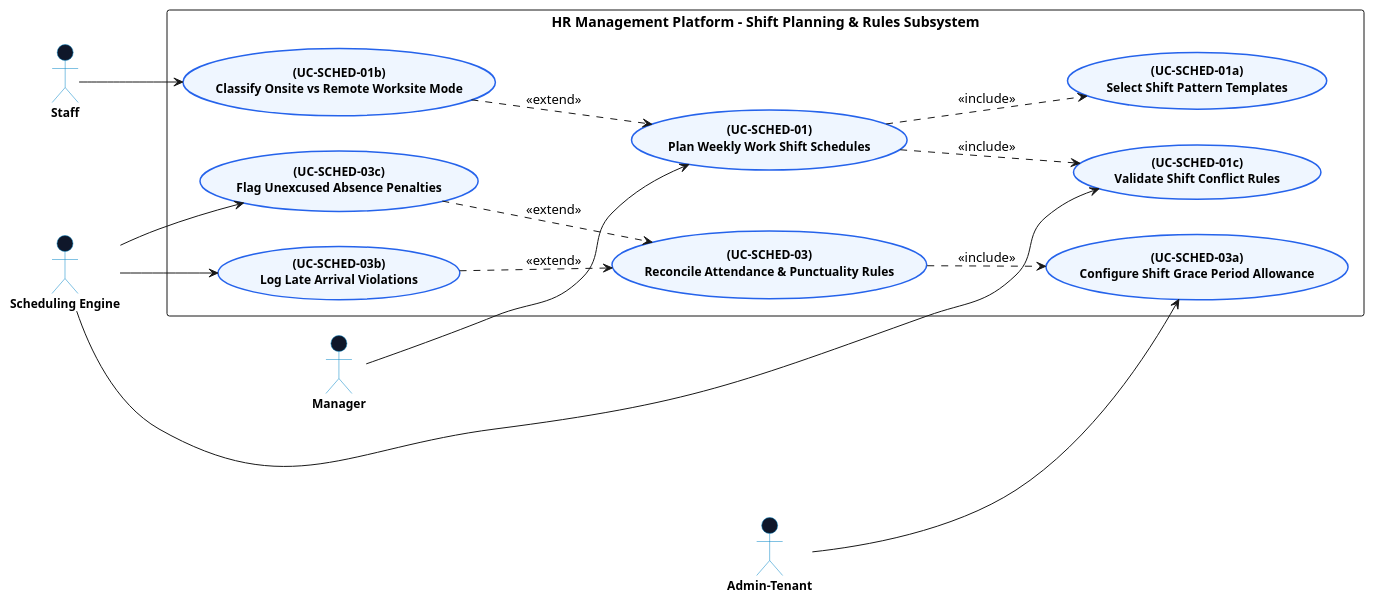
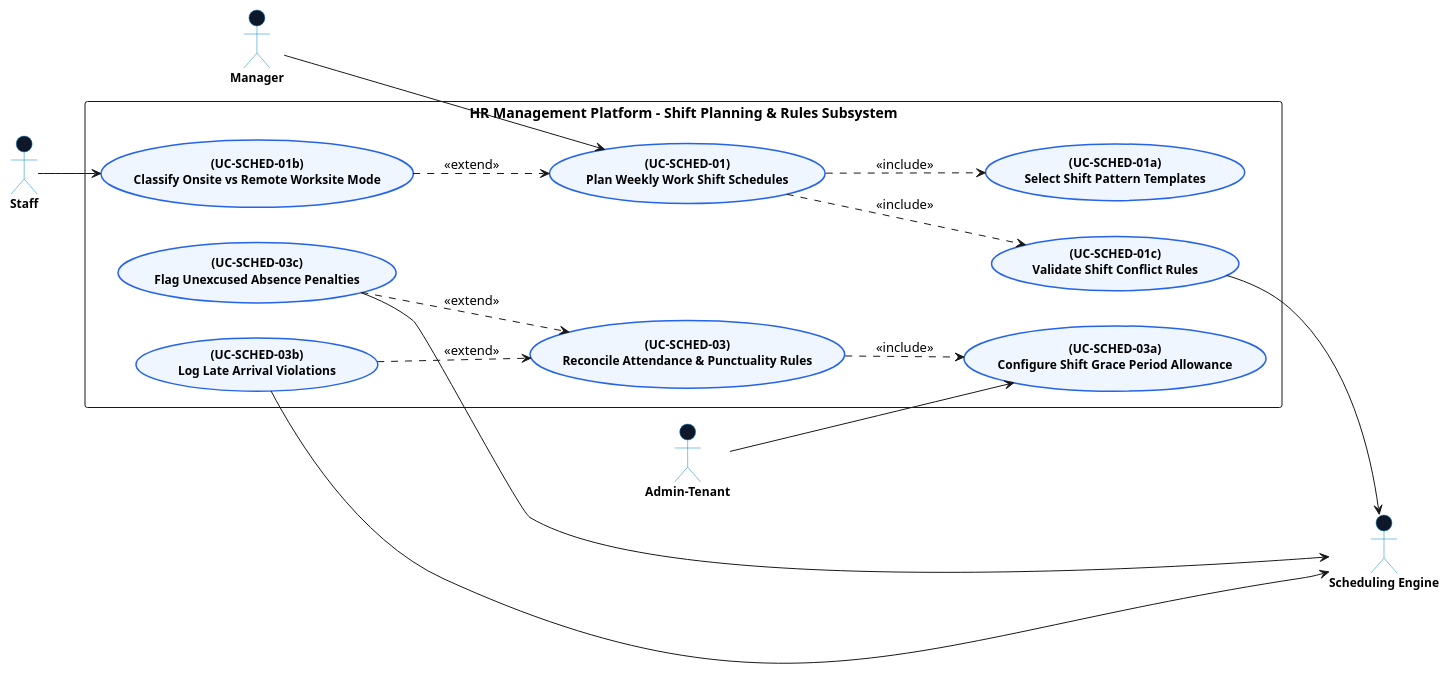
The diagram in docs/usecase_diagram/scheduling_leave/ShiftSchedulingRulesDiagram.md (Dikhang1112/Monitoring_HR), drawn with PlantUML before and after one commit. The commit also changed other lines of this file and 17 other files, not shown here.

Commit message:
Usecase diagram of payroll

````diff
--- a/docs/usecase_diagram/scheduling_leave/ShiftSchedulingRulesDiagram.md
+++ b/docs/usecase_diagram/scheduling_leave/ShiftSchedulingRulesDiagram.md
@@ -9,76 +9,82 @@
 ```plantuml
 @startuml
 left to right direction
 skinparam packageStyle rectangle
 skinparam backgroundColor #ffffff
 skinparam shadowing false
 skinparam actorStyle stickman
 
 skinparam usecase {
   BackgroundColor #EFF6FF
   BorderColor #2563EB
   BorderThickness 1.5
   FontSize 12
   FontStyle bold
   FontName "Segoe UI"
 }
 
 skinparam actor {
   BackgroundColor #0F172A
   BorderColor #0284C7
   FontSize 12
   FontStyle bold
   FontName "Segoe UI"
 }
 
 ' =====================================================
-' ACTORS
+' PRIMARY ACTORS (LEFT SIDE)
 ' =====================================================
 actor "Manager" as MGR
 actor "Staff" as EMP
 actor "Admin-Tenant" as ADMIN
-actor "Scheduling Engine" as SCHED_ENGINE
 
 ' =====================================================
-' SYSTEM BOUNDARY & USE CASES
+' SYSTEM BOUNDARY & USE CASES (CENTER)
 ' =====================================================
 rectangle "HR Management Platform - Shift Planning & Rules Subsystem" {
     
     ' Shift Planning
     usecase "(UC-SCHED-01)\nPlan Weekly Work Shift Schedules" as UC_SCHED01
     usecase "(UC-SCHED-01a)\nSelect Shift Pattern Templates" as UC_SCHED01A
     usecase "(UC-SCHED-01b)\nClassify Onsite vs Remote Worksite Mode" as UC_SCHED01B
     usecase "(UC-SCHED-01c)\nValidate Shift Conflict Rules" as UC_SCHED01C
 
     ' Attendance Rules
     usecase "(UC-SCHED-03)\nReconcile Attendance & Punctuality Rules" as UC_SCHED03
     usecase "(UC-SCHED-03a)\nConfigure Shift Grace Period Allowance" as UC_SCHED03A
     usecase "(UC-SCHED-03b)\nLog Late Arrival Violations" as UC_SCHED03B
     usecase "(UC-SCHED-03c)\nFlag Unexcused Absence Penalties" as UC_SCHED03C
 }
 
 ' =====================================================
+' SECONDARY ACTORS (RIGHT SIDE)
+' =====================================================
+actor "Scheduling Engine" as SCHED_ENGINE
+
+' =====================================================
 ' ACTOR CONNECTIONS
 ' =====================================================
+' Left Actors to Use Cases
 MGR --> UC_SCHED01
 EMP --> UC_SCHED01B
 
 ADMIN --> UC_SCHED03A
 
-SCHED_ENGINE --> UC_SCHED01C
-SCHED_ENGINE --> UC_SCHED03B
-SCHED_ENGINE --> UC_SCHED03C
+' Use Cases to Right Actors
+UC_SCHED01C --> SCHED_ENGINE
+UC_SCHED03B --> SCHED_ENGINE
+UC_SCHED03C --> SCHED_ENGINE
 
 ' =====================================================
 ' INCLUDE & EXTEND RELATIONSHIPS
 ' =====================================================
 UC_SCHED01 ..> UC_SCHED01A : <<include>>
 UC_SCHED01 ..> UC_SCHED01C : <<include>>
 UC_SCHED01B ..> UC_SCHED01 : <<extend>>
 
 UC_SCHED03 ..> UC_SCHED03A : <<include>>
 UC_SCHED03B ..> UC_SCHED03 : <<extend>>
 UC_SCHED03C ..> UC_SCHED03 : <<extend>>
 
 @enduml
 ```
````
